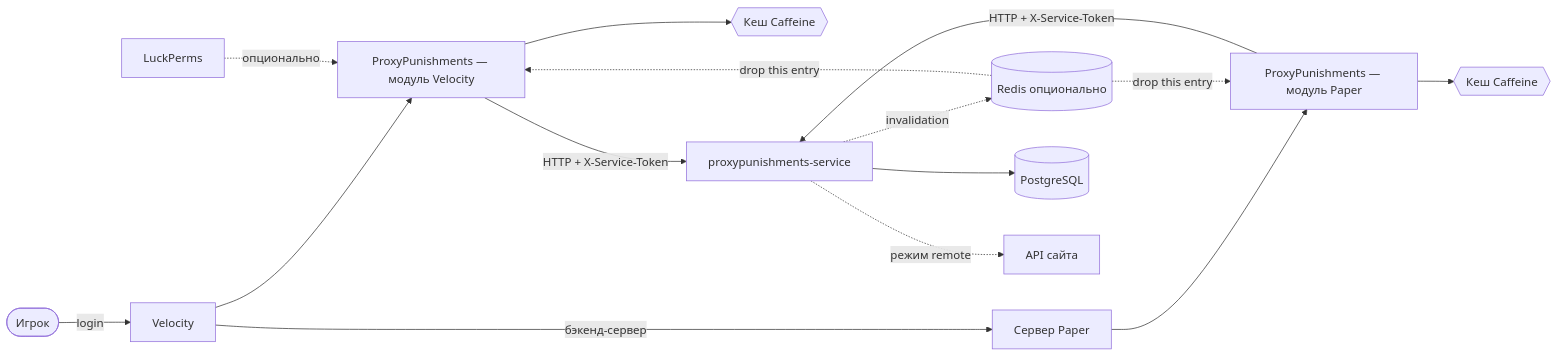
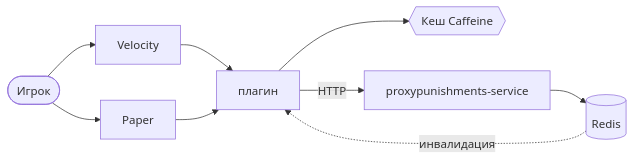
One commit to vanFEK/proxypunishments-plugin-example changed the diagram in README.ru.md. Above: the diagram before and after it, drawn with Mermaid. The commit also changed other lines of this file and 6 other files, not shown here.

````diff
--- a/README.ru.md
+++ b/README.ru.md
@@ -29,17 +18,9 @@
 ```mermaid
 flowchart LR
-    P([Игрок]) -->|login| V[Velocity]
-    V --> PL[ProxyPunishments — модуль Velocity]
-    V -->|бэкенд-сервер| B[Сервер Paper]
-    B --> PP[ProxyPunishments — модуль Paper]
+    P([Игрок]) --> V[Velocity] --> PL[плагин]
+    P --> B[Paper] --> PL
     PL --> C{{Кеш Caffeine}}
-    PP --> C2{{Кеш Caffeine}}
-    PL -->|HTTP + X-Service-Token| S[proxypunishments-service]
-    PP -->|HTTP + X-Service-Token| S
-    S -.->|invalidation| R[(Redis опционально)]
-    R -.->|drop this entry| PL
-    R -.->|drop this entry| PP
-    S --> DB[(PostgreSQL)]
-    S -.->|режим remote| W[API сайта]
-    LP[LuckPerms] -.->|опционально| PL
+    PL -->|HTTP| S[proxypunishments-service]
+    R[(Redis)] -.->|инвалидация| PL
+    S --> R
 ```
````
